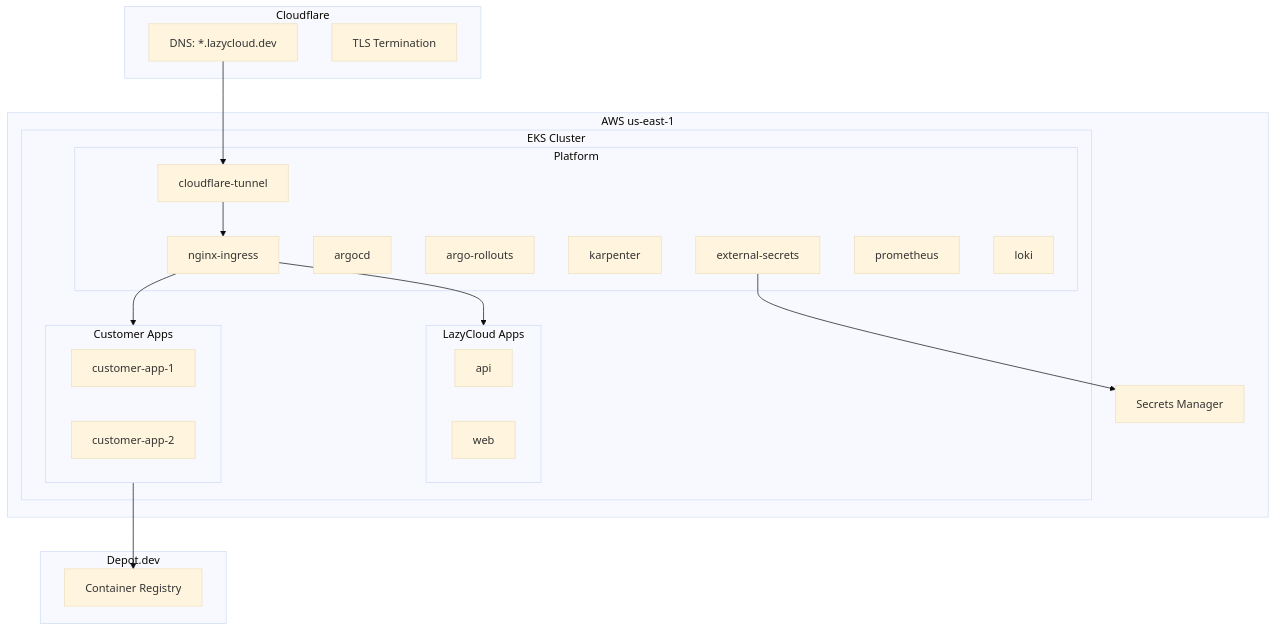
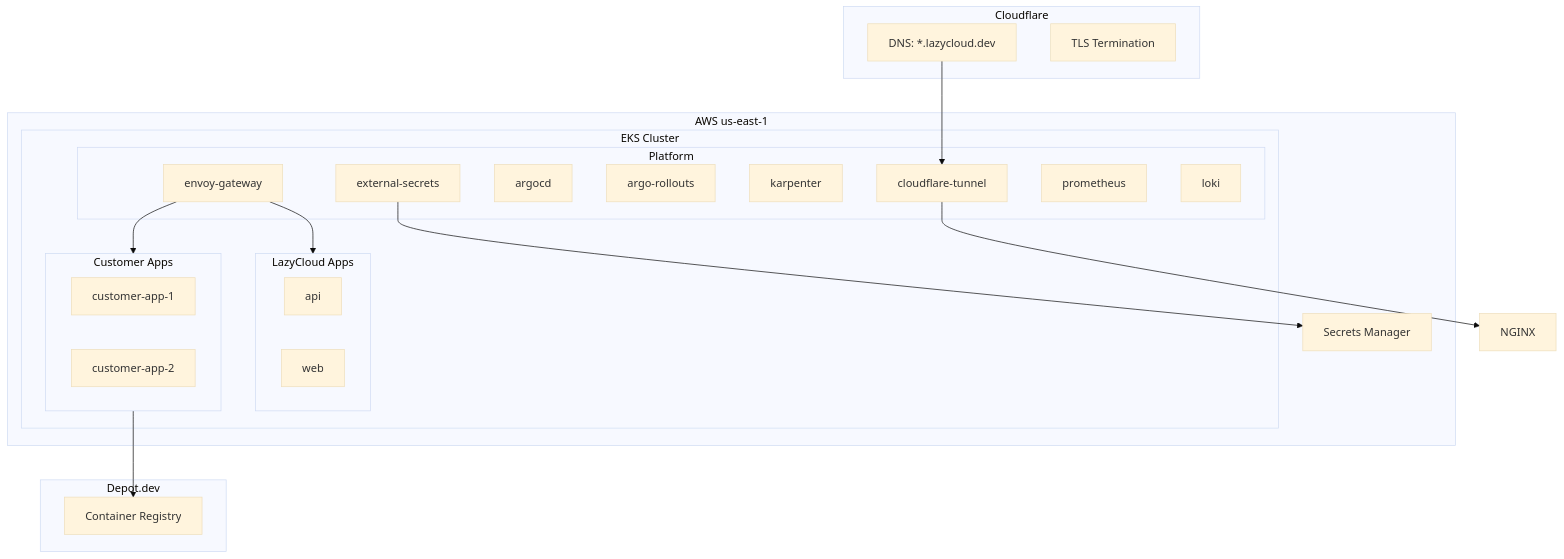
One commit to AmbientWare/lazycloud changed the second of 5 diagrams in docs/architecture.md. Above: the diagram before and after it, drawn with Mermaid (base theme). The commit also changed other lines of this file and 33 other files, not shown here.

Commit message:
INFRA: migrate from ingress-nginx to envoy gateway

````diff
--- a/docs/architecture.md
+++ b/docs/architecture.md
@@ -30,45 +30,45 @@
 ```mermaid
 flowchart TB
     subgraph Cloudflare
         DNS[DNS: *.lazycloud.dev]
         TLS[TLS Termination]
     end
 
     subgraph AWS[AWS us-east-1]
         subgraph EKS[EKS Cluster]
             subgraph Platform
                 Tunnel[cloudflare-tunnel]
-                NGINX[nginx-ingress]
+                Envoy[envoy-gateway]
                 ArgoCD[argocd]
                 Rollouts[argo-rollouts]
                 Karpenter[karpenter]
                 ESO[external-secrets]
                 Prometheus[prometheus]
                 Loki[loki]
             end
 
             subgraph LazyCloud[LazyCloud Apps]
                 API[api]
                 Web[web]
             end
 
             subgraph Customer[Customer Apps]
                 App1[customer-app-1]
                 App2[customer-app-2]
             end
         end
 
         SM[Secrets Manager]
     end
 
     subgraph Depot[Depot.dev]
         Registry[Container Registry]
     end
 
     DNS --> Tunnel
     Tunnel --> NGINX
-    NGINX --> LazyCloud
-    NGINX --> Customer
+    Envoy --> LazyCloud
+    Envoy --> Customer
     ESO --> SM
     Customer --> Registry
 ```
````
